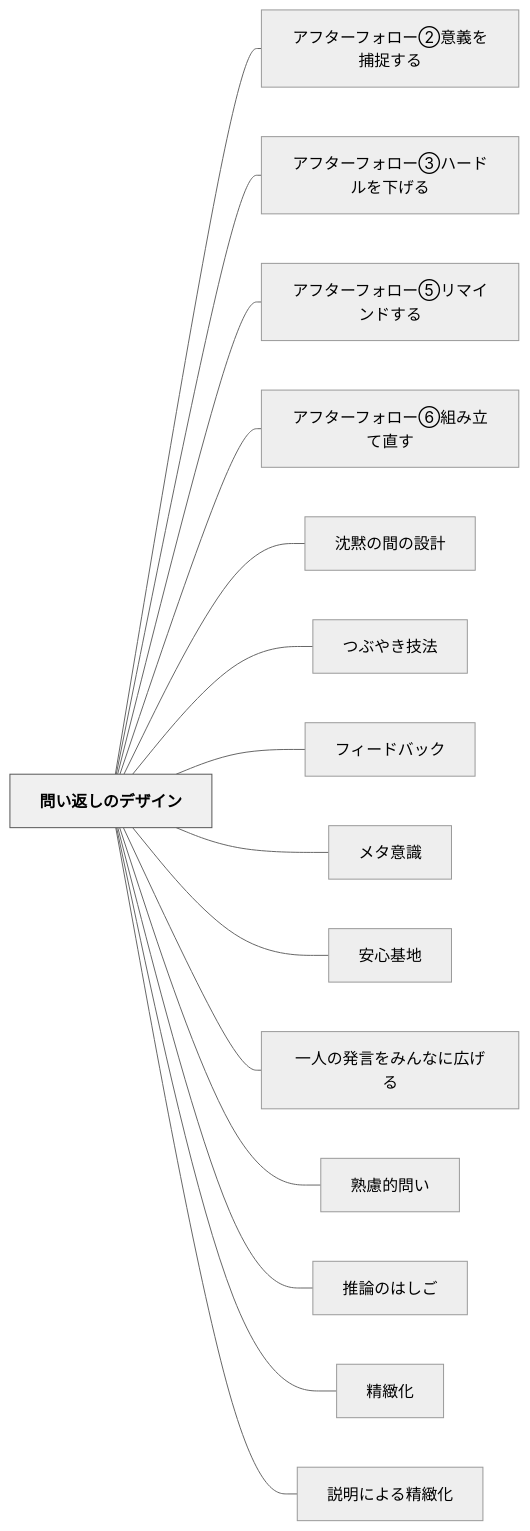
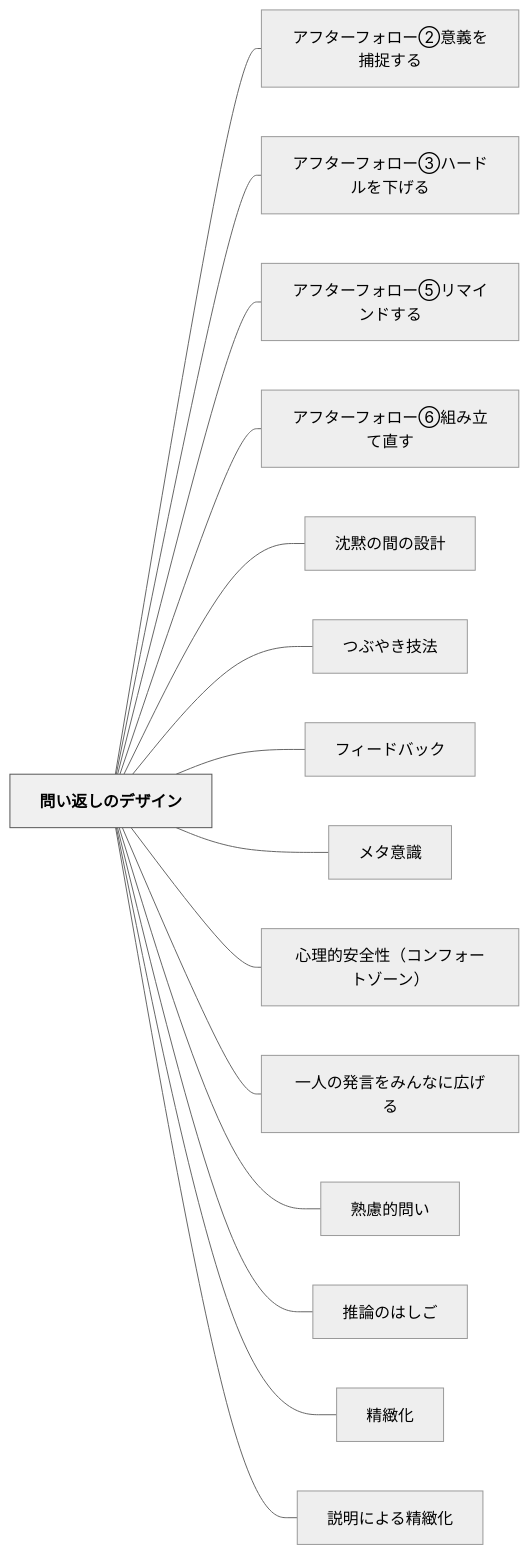
One commit to unknownthings-ed-patterns/unknownthings-ed-patterns changed the diagram in content/パタン/問い返しのデザイン.md. Above: the diagram before and after it, drawn with Mermaid (neutral theme). The commit also changed other lines of this file and 30 other files, not shown here.

````diff
--- a/content/パタン/問い返しのデザイン.md
+++ b/content/パタン/問い返しのデザイン.md
@@ -84,36 +84,36 @@
 ```mermaid
 flowchart LR
     ne5958fe38184e8bf94e38197e381aee38387e382b6e382a4e383b3["問い返しのデザイン"]
     ne382a2e38395e382bfe383bce38395e382a9e383ade383bce291a1e6848fe7bea9e38292e68d95e68d89e38199e3828b["アフターフォロー②意義を捕捉する"]
     ne382a2e38395e382bfe383bce38395e382a9e383ade383bce291a2e3838fe383bce38389e383abe38292e4b88be38192e3828b["アフターフォロー③ハードルを下げる"]
     ne382a2e38395e382bfe383bce38395e382a9e383ade383bce291a4e383aae3839ee382a4e383b3e38389e38199e3828b["アフターフォロー⑤リマインドする"]
     ne382a2e38395e382bfe383bce38395e382a9e383ade383bce291a5e7b584e381bfe7ab8be381a6e79bb4e38199["アフターフォロー⑥組み立て直す"]
     ne6b288e9bb99e381aee99693e381aee8a8ade8a888["沈黙の間の設計"]
     ne381a4e381b6e38284e3818de68a80e6b395["つぶやき技法"]
     ne38395e382a3e383bce38389e38390e38383e382af["フィードバック"]
     ne383a1e382bfe6848fe8ad98["メタ意識"]
-    ne5ae89e5bf83e59fbae59cb0["安心基地"]
+    ne5bf83e79086e79a84e5ae89e585a8e680a7efbc88e382b3e383b3e38395e382a9e383bce38388e382bee383bce383b3efbc89["心理的安全性（コンフォートゾーン）"]
     ne4b880e4babae381aee799bae8a880e38292e381bfe38293e381aae381abe5ba83e38192e3828b["一人の発言をみんなに広げる"]
     ne7869fe685aee79a84e5958fe38184["熟慮的問い"]
     ne68ea8e8ab96e381aee381afe38197e38194["推論のはしご"]
     ne7b2bee7b7bbe58c96["精緻化"]
     ne8aaace6988ee381abe38288e3828be7b2bee7b7bbe58c96["説明による精緻化"]
 
     ne5958fe38184e8bf94e38197e381aee38387e382b6e382a4e383b3 --- ne382a2e38395e382bfe383bce38395e382a9e383ade383bce291a1e6848fe7bea9e38292e68d95e68d89e38199e3828b
     ne5958fe38184e8bf94e38197e381aee38387e382b6e382a4e383b3 --- ne382a2e38395e382bfe383bce38395e382a9e383ade383bce291a2e3838fe383bce38389e383abe38292e4b88be38192e3828b
     ne5958fe38184e8bf94e38197e381aee38387e382b6e382a4e383b3 --- ne382a2e38395e382bfe383bce38395e382a9e383ade383bce291a4e383aae3839ee382a4e383b3e38389e38199e3828b
     ne5958fe38184e8bf94e38197e381aee38387e382b6e382a4e383b3 --- ne382a2e38395e382bfe383bce38395e382a9e383ade383bce291a5e7b584e381bfe7ab8be381a6e79bb4e38199
     ne5958fe38184e8bf94e38197e381aee38387e382b6e382a4e383b3 --- ne6b288e9bb99e381aee99693e381aee8a8ade8a888
     ne5958fe38184e8bf94e38197e381aee38387e382b6e382a4e383b3 --- ne381a4e381b6e38284e3818de68a80e6b395
     ne5958fe38184e8bf94e38197e381aee38387e382b6e382a4e383b3 --- ne38395e382a3e383bce38389e38390e38383e382af
     ne5958fe38184e8bf94e38197e381aee38387e382b6e382a4e383b3 --- ne383a1e382bfe6848fe8ad98
-    ne5958fe38184e8bf94e38197e381aee38387e382b6e382a4e383b3 --- ne5ae89e5bf83e59fbae59cb0
+    ne5958fe38184e8bf94e38197e381aee38387e382b6e382a4e383b3 --- ne5bf83e79086e79a84e5ae89e585a8e680a7efbc88e382b3e383b3e38395e382a9e383bce38388e382bee383bce383b3efbc89
     ne5958fe38184e8bf94e38197e381aee38387e382b6e382a4e383b3 --- ne4b880e4babae381aee799bae8a880e38292e381bfe38293e381aae381abe5ba83e38192e3828b
     ne5958fe38184e8bf94e38197e381aee38387e382b6e382a4e383b3 --- ne7869fe685aee79a84e5958fe38184
     ne5958fe38184e8bf94e38197e381aee38387e382b6e382a4e383b3 --- ne68ea8e8ab96e381aee381afe38197e38194
     ne5958fe38184e8bf94e38197e381aee38387e382b6e382a4e383b3 --- ne7b2bee7b7bbe58c96
     ne5958fe38184e8bf94e38197e381aee38387e382b6e382a4e383b3 --- ne8aaace6988ee381abe38288e3828be7b2bee7b7bbe58c96
 
     classDef hub fill:#f0f0f0,stroke:#555,color:#000,font-weight:bold
     class ne5958fe38184e8bf94e38197e381aee38387e382b6e382a4e383b3 hub
 ```
````
